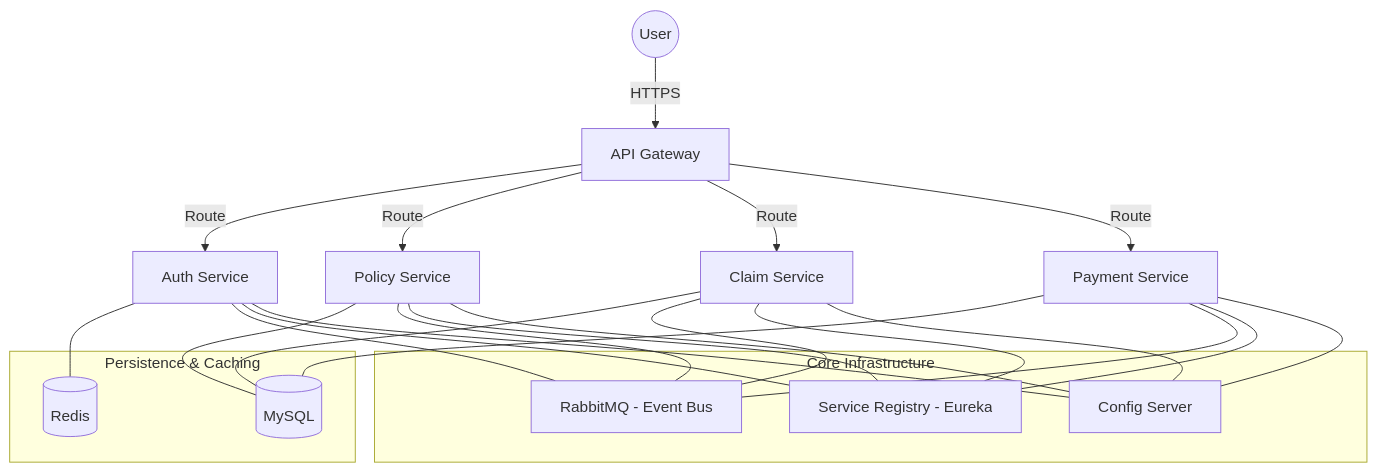
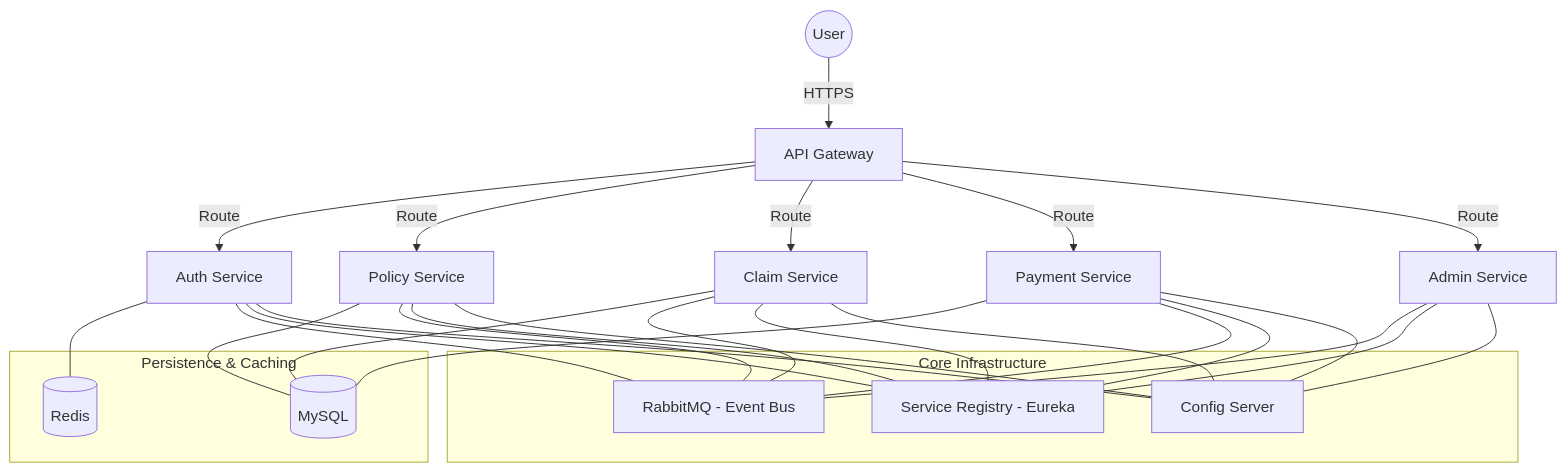
The diagram in README.md (PragyaVijay1222/Smart-Sure-Insurance), drawn with Mermaid before and after one commit. The commit also changed other lines of this file, not shown here.

````diff
--- a/README.md
+++ b/README.md
@@ -32,27 +32,28 @@
 ```mermaid
 graph TD
     User((User)) -->|HTTPS| AG[API Gateway]
     AG -->|Route| AS[Auth Service]
     AG -->|Route| PS[Policy Service]
     AG -->|Route| CS[Claim Service]
     AG -->|Route| PYS[Payment Service]
+    AG -->|Route| ADM[Admin Service]
     
     subgraph "Core Infrastructure"
         SR[Service Registry - Eureka]
         CFG[Config Server]
         MQ[RabbitMQ - Event Bus]
     end
 
     subgraph "Persistence & Caching"
         DB[(MySQL)]
         RD[(Redis)]
     end
 
     AS --- RD
     PS --- DB
     CS --- DB
     PYS --- DB
-    AS & PS & CS & PYS --- MQ
-    AS & PS & CS & PYS --- SR
-    AS & PS & CS & PYS --- CFG
+    AS & PS & CS & PYS & ADM --- MQ
+    AS & PS & CS & PYS & ADM --- SR
+    AS & PS & CS & PYS & ADM --- CFG
 ```
````
